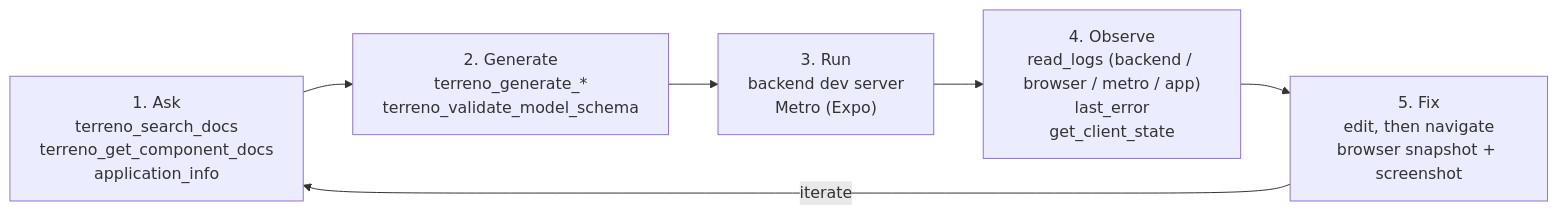
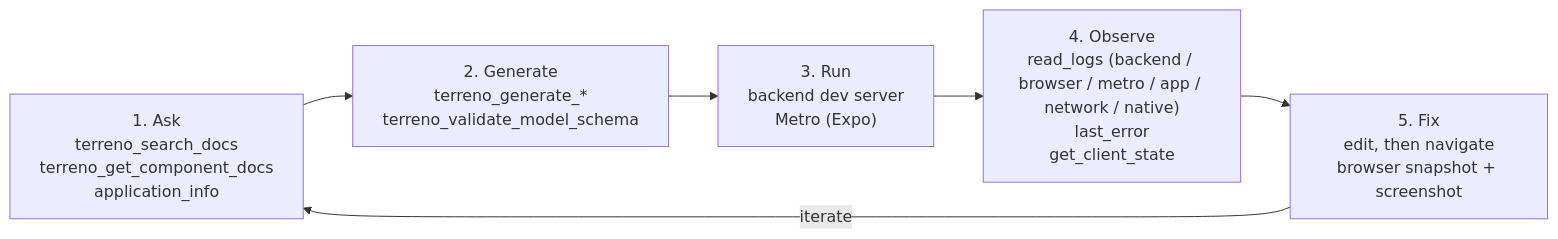
The diagram in docs/explanation/ai-development-loop.md (TerrenoLabs/terreno), drawn with Mermaid before and after one commit. The commit also changed other lines of this file and 82 other files, not shown here.

````diff
--- a/docs/explanation/ai-development-loop.md
+++ b/docs/explanation/ai-development-loop.md
@@ -13,10 +13,10 @@
 ```mermaid
 flowchart LR
   ASK["1. Ask<br/>terreno_search_docs<br/>terreno_get_component_docs<br/>application_info"]
   GEN["2. Generate<br/>terreno_generate_*<br/>terreno_validate_model_schema"]
   RUN["3. Run<br/>backend dev server<br/>Metro (Expo)"]
-  OBS["4. Observe<br/>read_logs (backend / browser / metro / app)<br/>last_error<br/>get_client_state"]
+  OBS["4. Observe<br/>read_logs (backend / browser / metro / app / network / native)<br/>last_error<br/>get_client_state"]
   FIX["5. Fix<br/>edit, then navigate<br/>browser snapshot + screenshot"]
   ASK --> GEN --> RUN --> OBS --> FIX
   FIX -->|"iterate"| ASK
 ```
````
